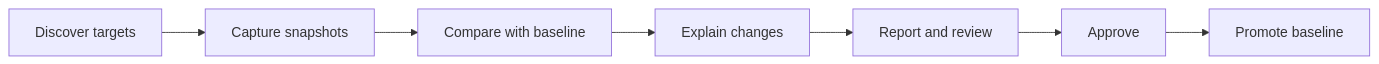
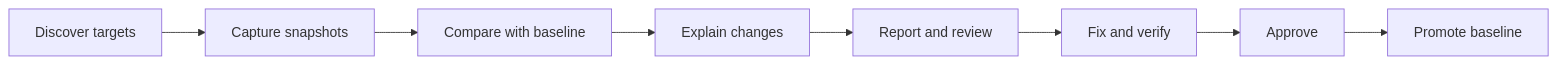
One commit to Diffra/core changed the diagram in docs/concepts/how-diffra-works.md. Above: the diagram before and after it, drawn with Mermaid. The commit also changed other lines of this file and 17 other files, not shown here.

````diff
--- a/docs/concepts/how-diffra-works.md
+++ b/docs/concepts/how-diffra-works.md
@@ -20,9 +20,10 @@
 ```mermaid
 flowchart LR
     A[Discover targets] --> B[Capture snapshots]
     B --> C[Compare with baseline]
     C --> D[Explain changes]
     D --> E[Report and review]
-    E --> F[Approve]
-    F --> G[Promote baseline]
+    E --> F[Fix and verify]
+    F --> G[Approve]
+    G --> H[Promote baseline]
 ```
````
